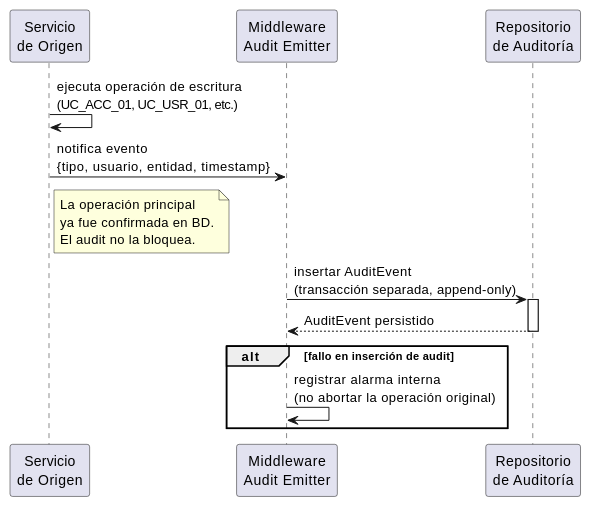
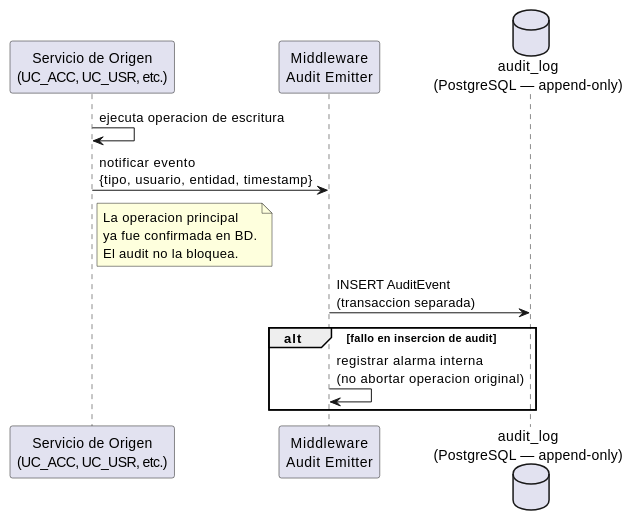
The first of 3 diagrams in source/arquitectura-tecnica/modulos/audit/diagramas.rst (jcg-admin/IACT-docs), drawn with PlantUML before and after one commit. The commit also changed other lines of this file and 3 other files, not shown here.

```diff
--- a/source/arquitectura-tecnica/modulos/audit/diagramas.rst
+++ b/source/arquitectura-tecnica/modulos/audit/diagramas.rst
@@ -11,24 +11,23 @@
 .. uml::
- :caption: Secuencia de emisión de AuditEvent — post-commit en transacción separada.
+ :caption: Secuencia de emision de AuditEvent — post-commit en transaccion separada.
 
  @startuml
 
- participant "Servicio\nde Origen" as SVC
+ participant "Servicio de Origen\n(UC_ACC, UC_USR, etc.)" as SVC
  participant "Middleware\nAudit Emitter" as AEM
- participant "Repositorio\nde Auditoría" as AREP
+ database "audit_log\n(PostgreSQL — append-only)" as AREP
 
- SVC -> SVC : ejecuta operación de escritura\n(UC_ACC_01, UC_USR_01, etc.)
- SVC -> AEM : notifica evento\n{tipo, usuario, entidad, timestamp}
+ SVC -> SVC : ejecuta operacion de escritura
+ SVC -> AEM : notificar evento\n{tipo, usuario, entidad, timestamp}
  note right of SVC
-   La operación principal
+   La operacion principal
    ya fue confirmada en BD.
    El audit no la bloquea.
  end note
- AEM -> AREP ++ : insertar AuditEvent\n(transacción separada, append-only)
- return AuditEvent persistido
+ AEM -> AREP : INSERT AuditEvent\n(transaccion separada)
 
- alt fallo en inserción de audit
-   AEM -> AEM : registrar alarma interna\n(no abortar la operación original)
+ alt fallo en insercion de audit
+   AEM -> AEM : registrar alarma interna\n(no abortar operacion original)
  end
 
  @enduml
```
